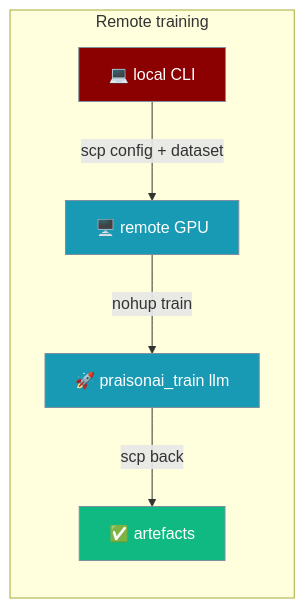
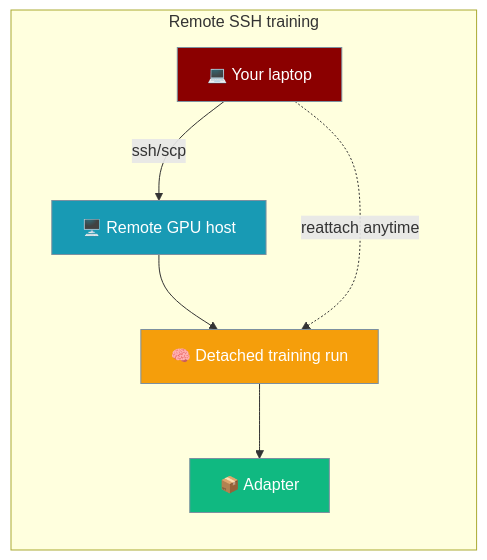
The first of 3 diagrams in docs/features/praisonai-train-remote.mdx (MervinPraison/PraisonAIDocs), drawn with Mermaid before and after one commit. The commit also changed other lines of this file and 4 other files, not shown here.

First line of the commit message:
docs: document praisonai-train remote SSH training CLI (fixes #3347)

````diff
--- a/docs/features/praisonai-train-remote.mdx
+++ b/docs/features/praisonai-train-remote.mdx
@@ -10,16 +10,19 @@
 ```mermaid
 graph LR
-    subgraph "Remote training"
-        L[💻 local CLI] -->|scp config + dataset| R[🖥️ remote GPU]
-        R -->|nohup train| T[🚀 praisonai_train llm]
-        T -->|scp back| A[✅ artefacts]
+    subgraph "Remote SSH training"
+        L[💻 Your laptop] -->|ssh/scp| H[🖥️ Remote GPU host]
+        H --> R[🧠 Detached training run]
+        R --> A[📦 Adapter]
+        L -.->|reattach anytime| R
     end
 
-    classDef in fill:#8B0000,stroke:#7C90A0,color:#fff
-    classDef proc fill:#189AB4,stroke:#7C90A0,color:#fff
+    classDef local fill:#8B0000,stroke:#7C90A0,color:#fff
+    classDef remote fill:#189AB4,stroke:#7C90A0,color:#fff
+    classDef run fill:#F59E0B,stroke:#7C90A0,color:#fff
     classDef out fill:#10B981,stroke:#7C90A0,color:#fff
 
-    class L in
-    class R,T proc
+    class L local
+    class H remote
+    class R run
     class A out
 ```
````
